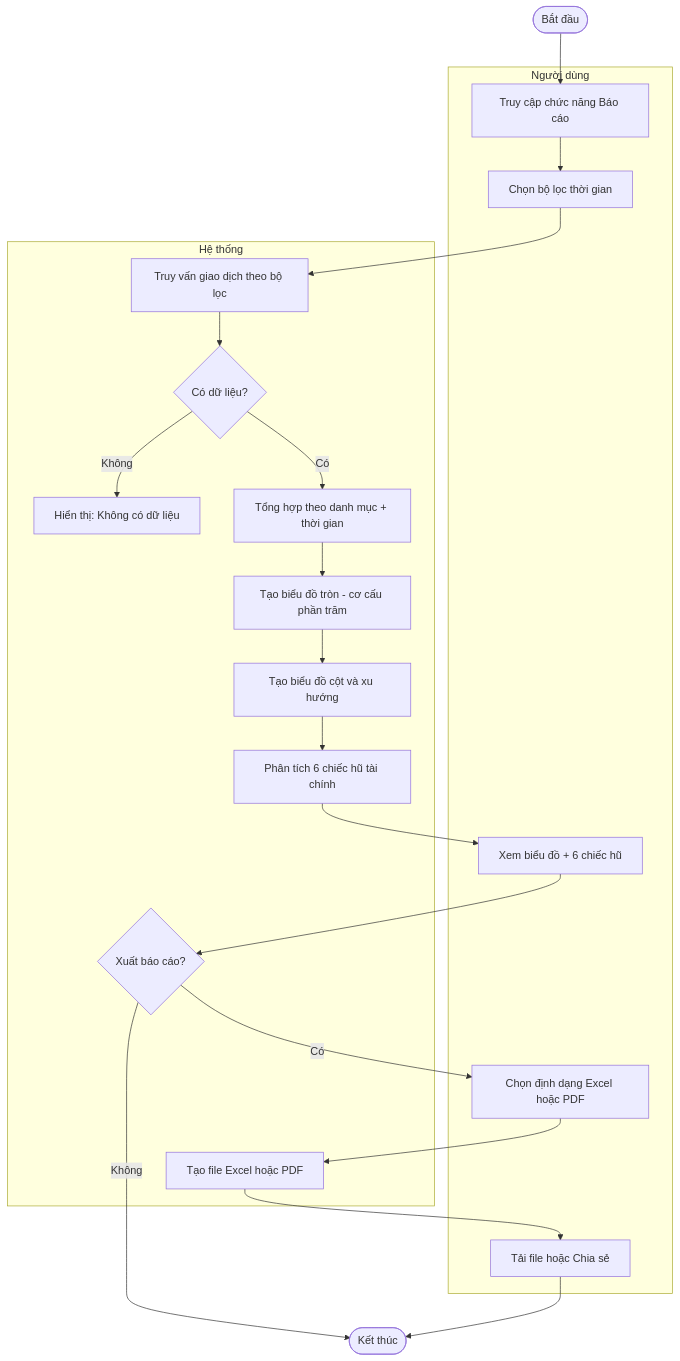
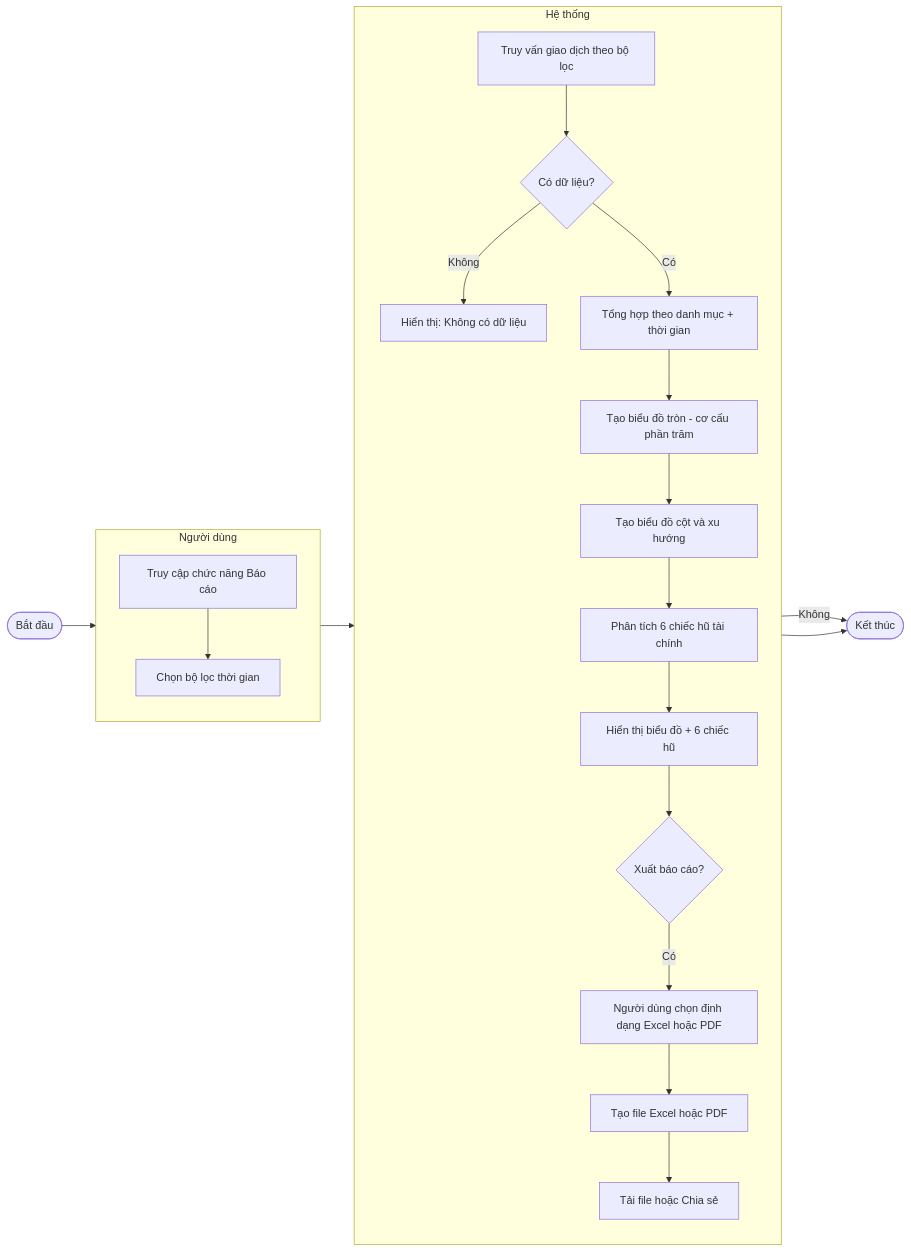
Before and after one commit to Hieu-vn/Graduation-Thesis: the ninth of 10 diagrams in Nghiên cứu MISA MoneyKeeper.md, drawn with Mermaid. The commit also changed other lines of this file, not shown here.

````diff
--- a/Nghiên cứu MISA MoneyKeeper.md
+++ b/Nghiên cứu MISA MoneyKeeper.md
@@ -473,43 +489,45 @@
 ```mermaid
-flowchart TD
+flowchart LR
     A([Bắt đầu])
 
     subgraph NguoiDung["Người dùng"]
+        direction TB
         B[Truy cập chức năng Báo cáo]
         C[Chọn bộ lọc thời gian]
-        H[Xem biểu đồ + 6 chiếc hũ]
-        J[Chọn định dạng Excel hoặc PDF]
-        K[Tải file hoặc Chia sẻ]
     end
 
     subgraph HeThong["Hệ thống"]
+        direction TB
         D[Truy vấn giao dịch theo bộ lọc]
         D2{Có dữ liệu?}
         D3[Hiển thị: Không có dữ liệu]
         E[Tổng hợp theo danh mục + thời gian]
         F[Tạo biểu đồ tròn - cơ cấu phần trăm]
         F2[Tạo biểu đồ cột và xu hướng]
         G[Phân tích 6 chiếc hũ tài chính]
+        H[Hiển thị biểu đồ + 6 chiếc hũ]
         I{Xuất báo cáo?}
+        J[Người dùng chọn định dạng Excel hoặc PDF]
         J2[Tạo file Excel hoặc PDF]
+        K[Tải file hoặc Chia sẻ]
     end
 
     L([Kết thúc])
 
     A --> B
     B --> C
     C --> D
     D --> D2
     D2 -->|Không| D3
     D2 -->|Có| E
     E --> F
     F --> F2
     F2 --> G
     G --> H
     H --> I
     I -->|Có| J
     J --> J2
     J2 --> K
     I -->|Không| L
     K --> L
 ```
````
